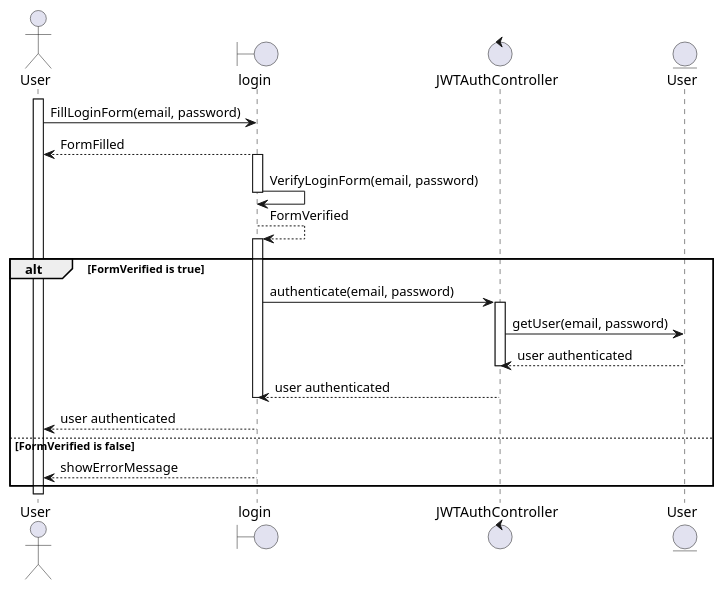
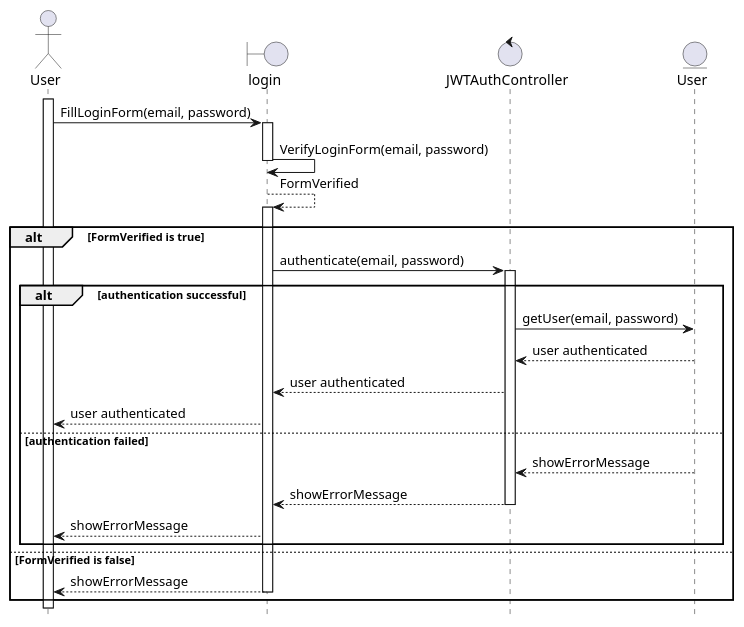
Before and after one commit to smurfsDev/pixii-project: the diagram in rapport/sequence/auth&register/login_sequence_diagram.wsd, drawn with PlantUML.

```diff
--- a/rapport/sequence/auth&register/login_sequence_diagram.wsd
+++ b/rapport/sequence/auth&register/login_sequence_diagram.wsd
@@ -1,36 +1,39 @@
 @startuml login_sequence_diagram
-
+hide footbox
 actor "User" as u
 boundary login as v
 control JWTAuthController as c
 entity User as m
 activate u
 u -> v : FillLoginForm(email, password)
-deactivate v
-v --> u : FormFilled
 activate v
 v -> v :VerifyLoginForm(email, password)
 deactivate v
 v --> v : FormVerified
 
 alt FormVerified is true
 activate v
 v -> c : authenticate(email, password)
-
 activate c
+alt authentication successful
 c -> m : getUser(email, password)
+m --> c: user authenticated
+c --> v: user authenticated
+v --> u: user authenticated
+else authentication failed
+m --> c: showErrorMessage
 deactivate m
-m --> c: user authenticated
+c --> v: showErrorMessage
 deactivate c
-c --> v: user authenticated
-deactivate v
-v --> u: user authenticated
+v --> u: showErrorMessage
+end
 else FormVerified is false
 v --> u : showErrorMessage
+deactivate v
 deactivate c
-
-
 end
 
 
+
+
 @enduml
```
